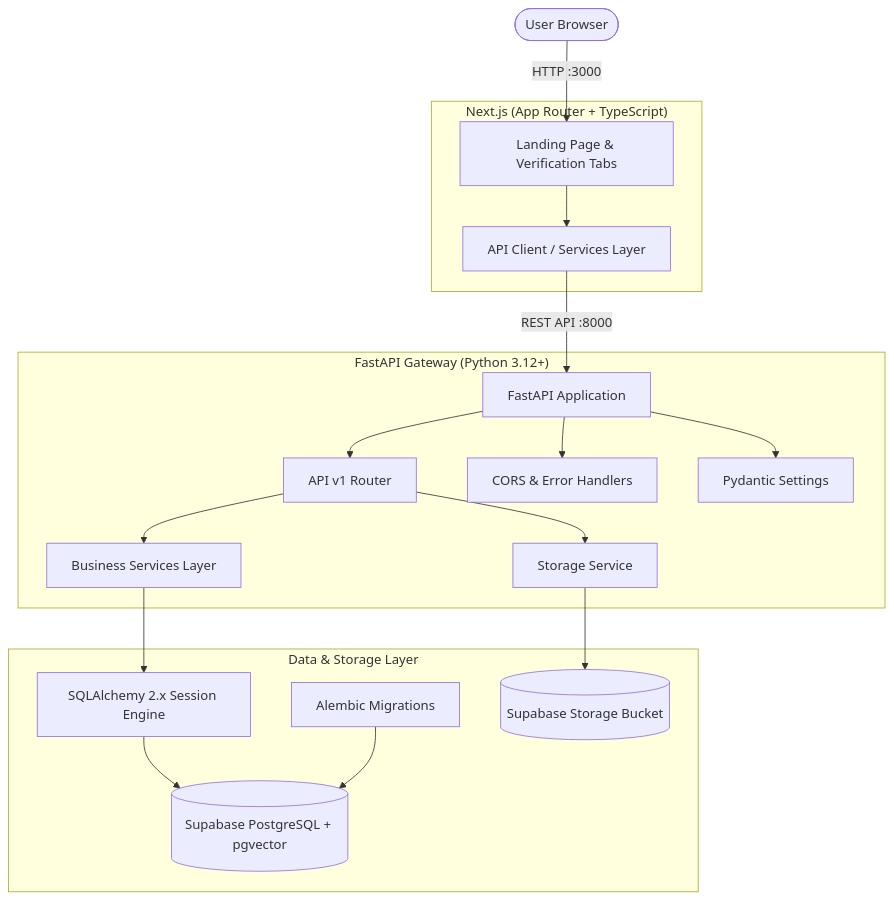
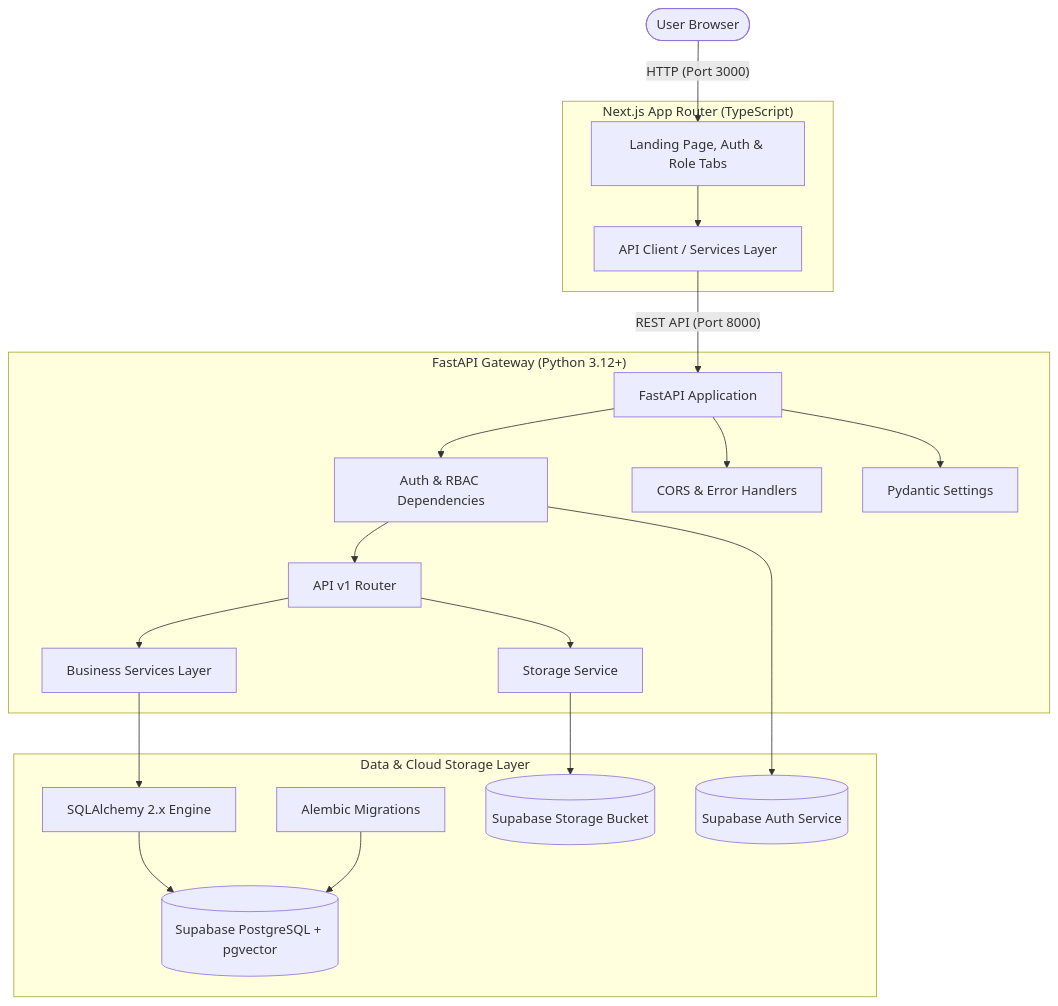
The diagram in docs/architecture.md (ps-rakshit-kashyap/L3-Project), drawn with Mermaid before and after one commit.

Commit message:
fix(docs): fix mermaid diagram syntax for github and markdown renderers

````diff
--- a/docs/architecture.md
+++ b/docs/architecture.md
@@ -14,40 +14,44 @@
 ```mermaid
-graph TD
-    User([User Browser])
+flowchart TD
+    User(["User Browser"])
     
-    subgraph Frontend ["Next.js (App Router + TypeScript)"]
-        UI[Landing Page & Verification Tabs]
-        ApiClient[API Client / Services Layer]
+    subgraph Frontend["Next.js App Router (TypeScript)"]
+        UI["Landing Page, Auth & Role Tabs"]
+        ApiClient["API Client / Services Layer"]
         UI --> ApiClient
     end
     
-    subgraph Backend ["FastAPI Gateway (Python 3.12+)"]
-        MainApp[FastAPI Application]
-        Router[API v1 Router]
-        Services[Business Services Layer]
-        StorageSvc[Storage Service]
-        CORS[CORS & Error Handlers]
-        Config[Pydantic Settings]
+    subgraph Backend["FastAPI Gateway (Python 3.12+)"]
+        MainApp["FastAPI Application"]
+        AuthModule["Auth & RBAC Dependencies"]
+        Router["API v1 Router"]
+        Services["Business Services Layer"]
+        StorageSvc["Storage Service"]
+        CORS["CORS & Error Handlers"]
+        Config["Pydantic Settings"]
         
         MainApp --> CORS
         MainApp --> Config
-        MainApp --> Router
+        MainApp --> AuthModule
+        AuthModule --> Router
         Router --> Services
         Router --> StorageSvc
     end
     
-    subgraph Persistence ["Data & Storage Layer"]
-        SessionMgr[SQLAlchemy 2.x Session Engine]
-        Alembic[Alembic Migrations]
-        Postgres[(Supabase PostgreSQL + pgvector)]
-        SupabaseStorage[(Supabase Storage Bucket)]
+    subgraph Persistence["Data & Cloud Storage Layer"]
+        SessionMgr["SQLAlchemy 2.x Engine"]
+        Alembic["Alembic Migrations"]
+        Postgres[("Supabase PostgreSQL + pgvector")]
+        SupabaseStorage[("Supabase Storage Bucket")]
+        SupabaseAuth[("Supabase Auth Service")]
         
         Services --> SessionMgr
         SessionMgr --> Postgres
         Alembic --> Postgres
         StorageSvc --> SupabaseStorage
+        AuthModule --> SupabaseAuth
     end
 
-    User -->|HTTP :3000| UI
-    ApiClient -->|REST API :8000| MainApp
+    User -->|"HTTP (Port 3000)"| UI
+    ApiClient -->|"REST API (Port 8000)"| MainApp
 ```
````
